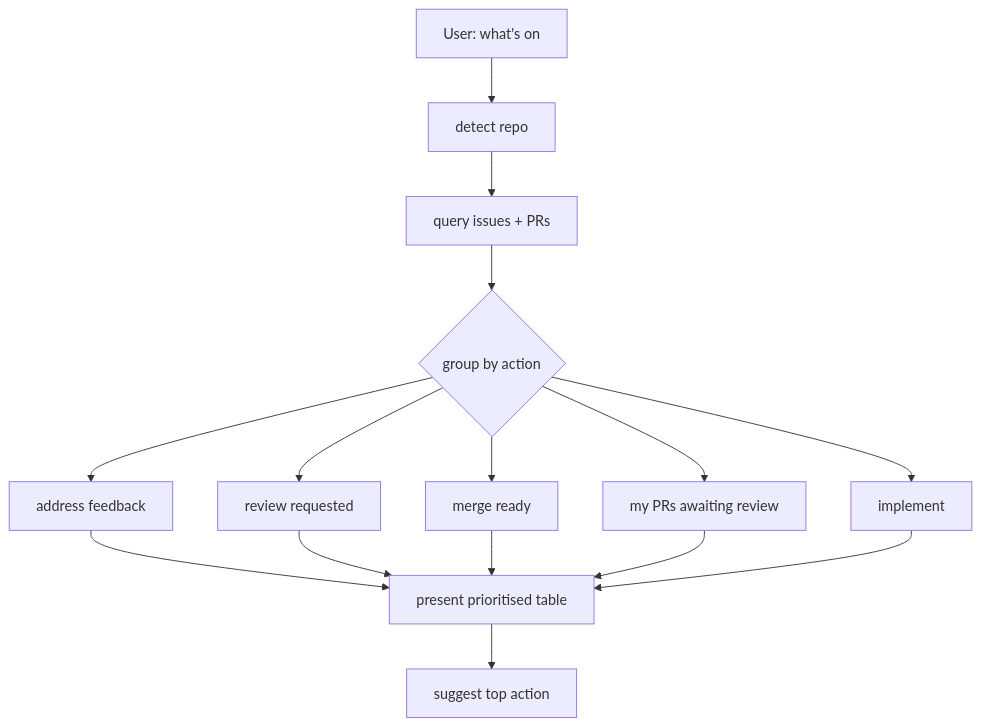
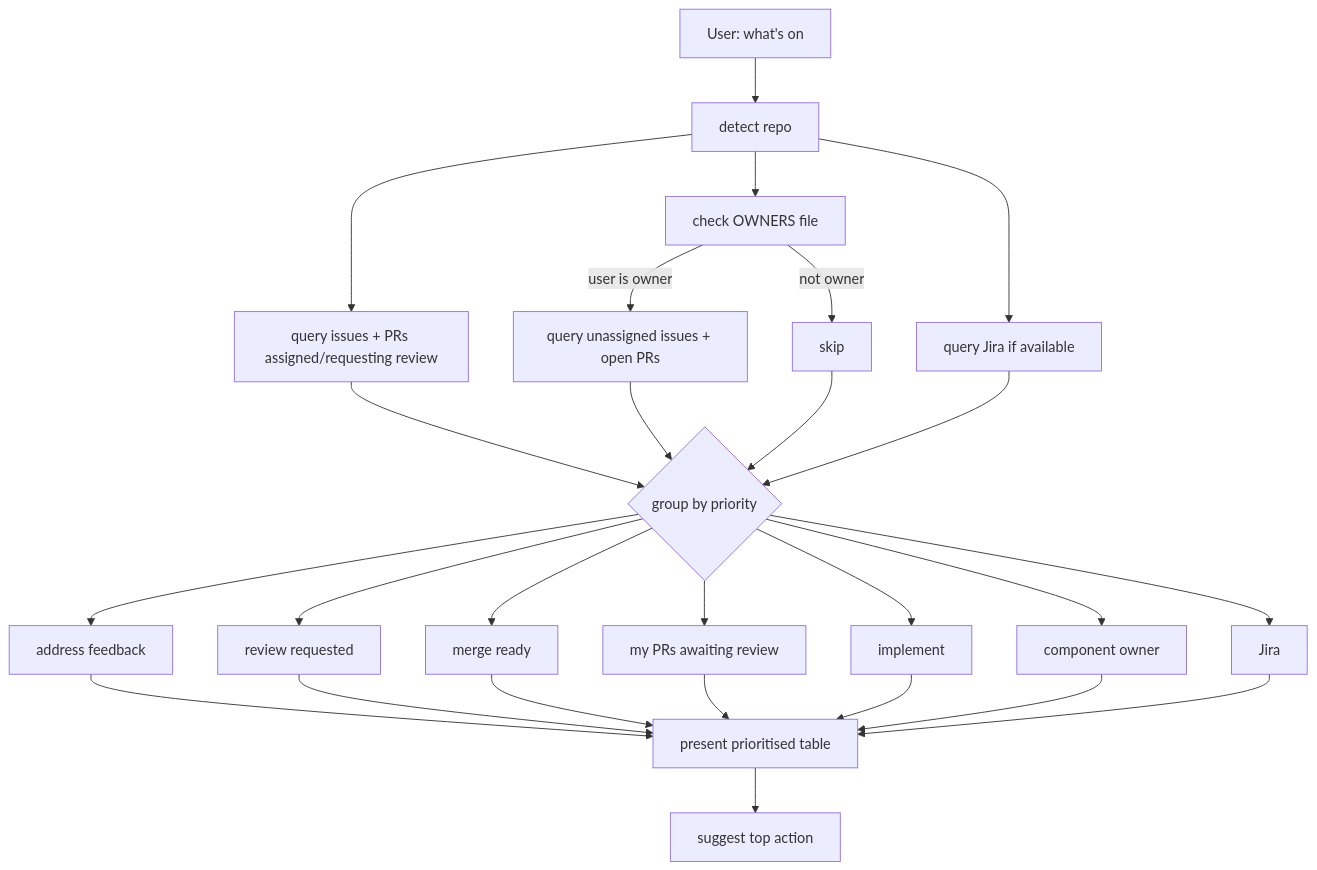
The fourth of 4 diagrams in README.md (jasonmadigan/clawdio), drawn with Mermaid before and after one commit. The commit also changed other lines of this file and 1 other file, not shown here.

Commit message:
docs: add missing issues skill, worktree-worker, doc-sync hook, update all diagrams

````diff
--- a/README.md
+++ b/README.md
@@ -128,13 +142,19 @@
 ```mermaid
 graph TD
     A[User: what's on] --> B[detect repo]
-    B --> C[query issues + PRs]
-    C --> D{group by action}
-    D --> E[address feedback]
-    D --> F[review requested]
-    D --> G[merge ready]
-    D --> H[my PRs awaiting review]
-    D --> I[implement]
-    E & F & G & H & I --> J[present prioritised table]
-    J --> K[suggest top action]
+    B --> C[query issues + PRs assigned/requesting review]
+    B --> D[check OWNERS file]
+    D -->|user is owner| E[query unassigned issues + open PRs]
+    D -->|not owner| F[skip]
+    B --> G[query Jira if available]
+    C & E & F & G --> H{group by priority}
+    H --> I[address feedback]
+    H --> J[review requested]
+    H --> K[merge ready]
+    H --> L[my PRs awaiting review]
+    H --> M[implement]
+    H --> N[component owner]
+    H --> O[Jira]
+    I & J & K & L & M & N & O --> P[present prioritised table]
+    P --> Q[suggest top action]
 ```
````
